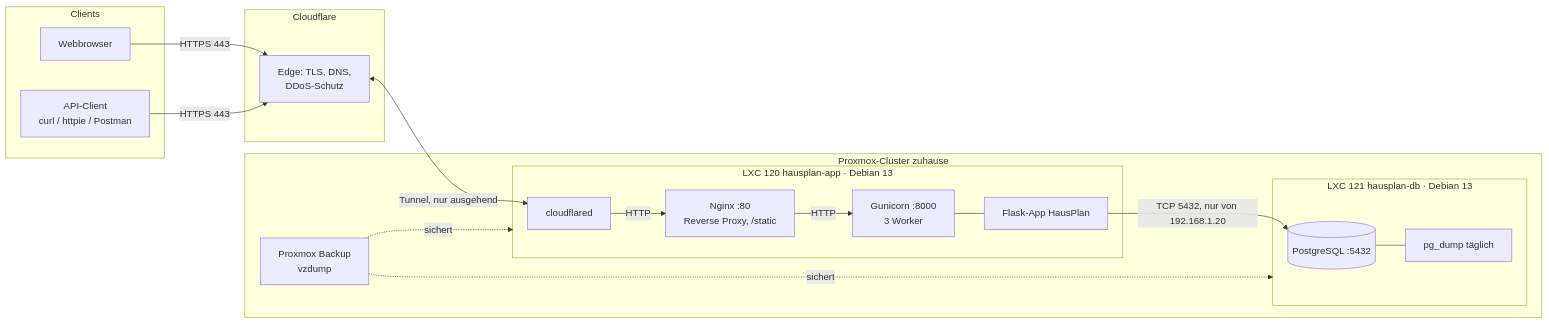
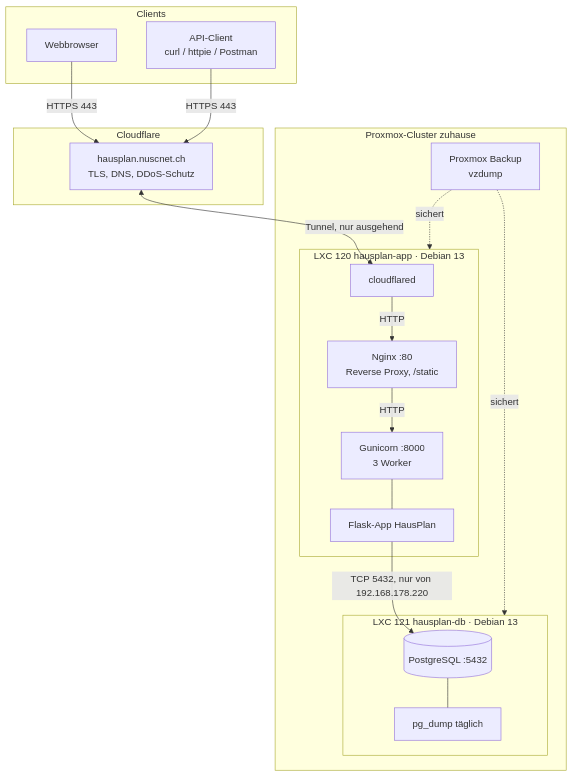
The fifth of 5 diagrams in docs/architektur.md (ulangtaun/hausplan), drawn with Mermaid before and after one commit. The commit also changed 16 other files, not shown here.

First line of the commit message:
Doku: Lösungsdokument, Live-Domain hausplan.nuscnet.ch, Testprotokoll M01/M02, Diagramme aktualisiert

````diff
--- a/docs/architektur.md
+++ b/docs/architektur.md
@@ -199,34 +199,34 @@
 ```mermaid
-flowchart LR
+flowchart TB
     subgraph Clients
         BR[Webbrowser]
         CL[API-Client<br/>curl / httpie / Postman]
     end
     subgraph CF[Cloudflare]
-        EDGE[Edge: TLS, DNS,<br/>DDoS-Schutz]
+        EDGE[hausplan.nuscnet.ch<br/>TLS, DNS, DDoS-Schutz]
     end
     subgraph PVE[Proxmox-Cluster zuhause]
         subgraph APP[LXC 120 hausplan-app · Debian 13]
             CFD[cloudflared]
             NG[Nginx :80<br/>Reverse Proxy, /static]
             GU[Gunicorn :8000<br/>3 Worker]
             FL[Flask-App HausPlan]
         end
         subgraph DBC[LXC 121 hausplan-db · Debian 13]
             PG[(PostgreSQL :5432)]
             BK[pg_dump täglich]
         end
         PBS[Proxmox Backup<br/>vzdump]
     end
 
     BR -- HTTPS 443 --> EDGE
     CL -- HTTPS 443 --> EDGE
     EDGE <-- Tunnel, nur ausgehend --> CFD
     CFD -- HTTP --> NG
     NG -- HTTP --> GU
     GU --- FL
-    FL -- TCP 5432, nur von 192.168.1.20 --> PG
+    FL -- TCP 5432, nur von 192.168.178.220 --> PG
     PG --- BK
     PBS -. sichert .-> APP
     PBS -. sichert .-> DBC
 ```
````
